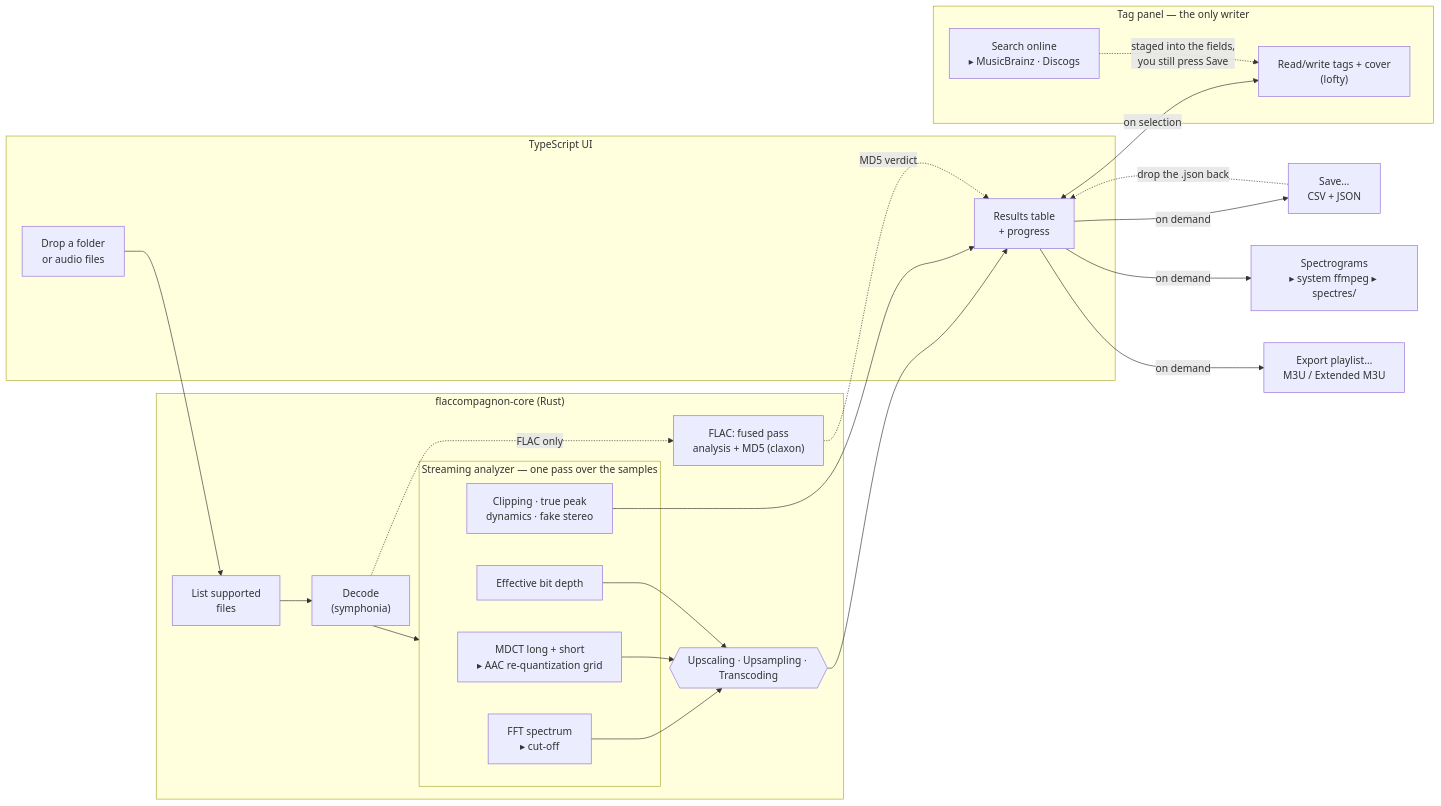
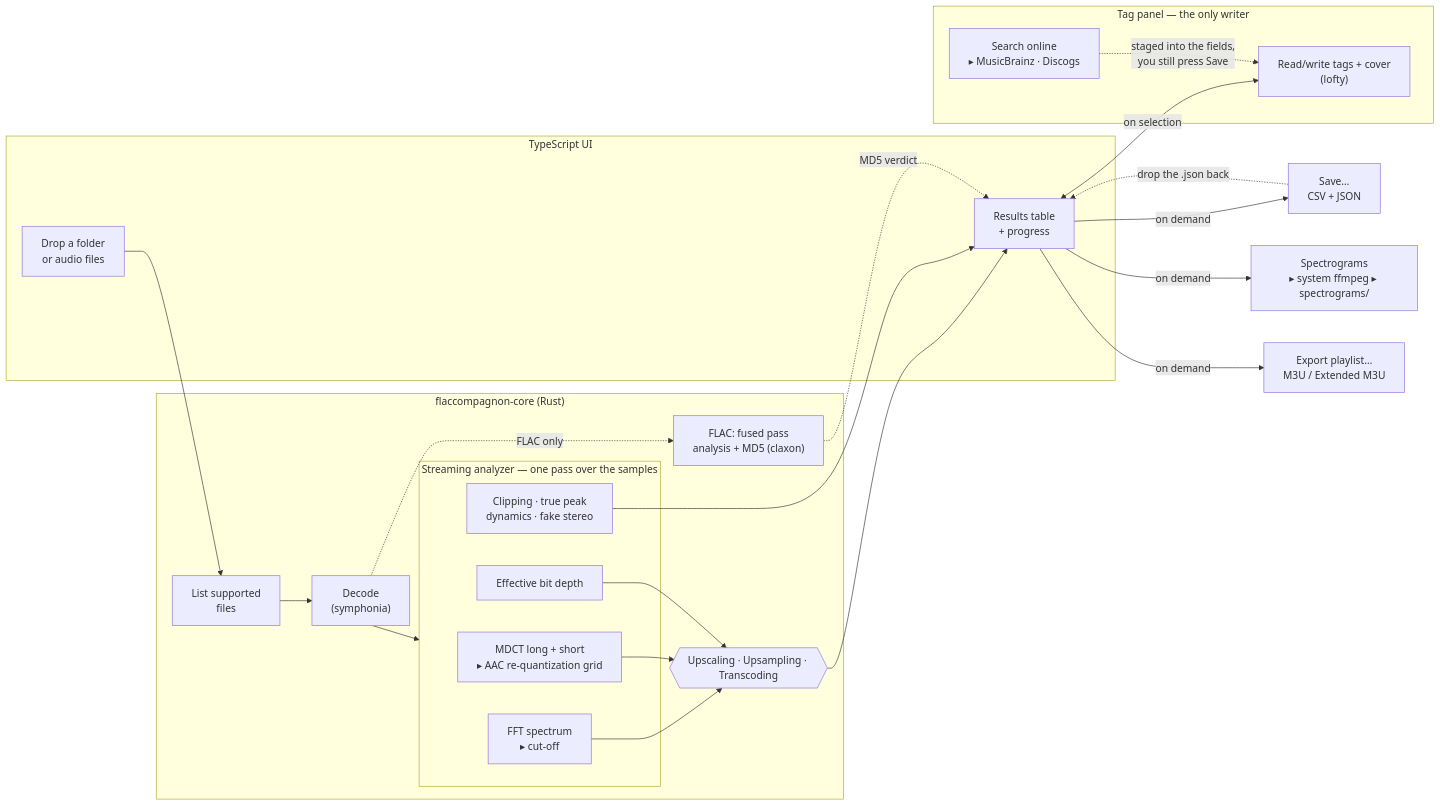
The diagram in README.md (craft-and-code/FlacCompagnon), drawn with Mermaid before and after one commit. The commit also changed other lines of this file and 54 other files, not shown here.

````diff
--- a/README.md
+++ b/README.md
@@ -165,44 +180,44 @@
 ```mermaid
 flowchart LR
     subgraph UI["TypeScript UI"]
         drop["Drop a folder<br/>or audio files"]
         table["Results table<br/>+ progress"]
     end
 
     subgraph core["flaccompagnon-core (Rust)"]
         list["List supported<br/>files"]
         decode["Decode<br/>(symphonia)"]
         fused["FLAC: fused pass<br/>analysis + MD5 (claxon)"]
 
         subgraph analyzer["Streaming analyzer — one pass over the samples"]
             fft["FFT spectrum<br/>▸ cut-off"]
             mdct["MDCT long + short<br/>▸ AAC re-quantization grid"]
             bits["Effective bit depth"]
             levels["Clipping · true peak<br/>dynamics · fake stereo"]
         end
 
         verdict{{"Upscaling · Upsampling · Transcoding"}}
     end
 
     save["Save…<br/>CSV + JSON"]
-    spectro["Spectrograms<br/>▸ system ffmpeg ▸ spectres/"]
+    spectro["Spectrograms<br/>▸ system ffmpeg ▸ spectrograms/"]
     m3u["Export playlist…<br/>M3U / Extended M3U"]
 
     subgraph tagging["Tag panel — the only writer"]
         tags["Read/write tags + cover<br/>(lofty)"]
         online["Search online<br/>▸ MusicBrainz · Discogs"]
     end
 
     drop --> list --> decode --> analyzer
     decode -.->|FLAC only| fused
     fft & mdct & bits --> verdict
     verdict --> table
     levels --> table
     fused -.->|MD5 verdict| table
     table -->|on demand| save
     table -->|on demand| spectro
     table -->|on demand| m3u
     save -.->|drop the .json back| table
     table <-->|on selection| tags
     online -.->|staged into the fields,<br/>you still press Save| tags
 ```
````
